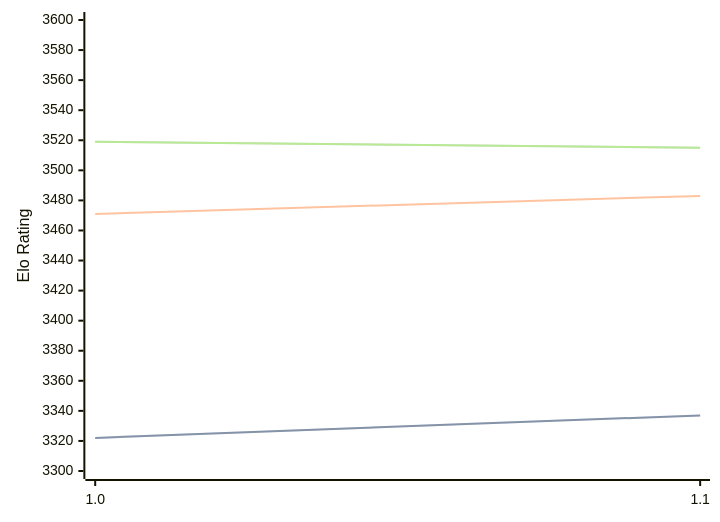
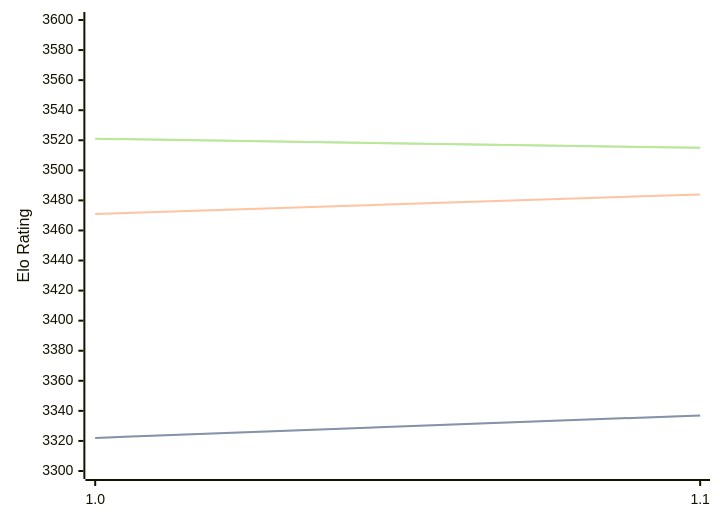
Before and after one commit to computer-chess-index/cci: the diagram in engines/Horsie.md, drawn with Mermaid. The commit also changed other lines of this file, not shown here.

Commit message:
Update CCI Ratings (ELO VLTC) - 2026-05-21

````diff
--- a/engines/Horsie.md
+++ b/engines/Horsie.md
@@ -32,11 +32,11 @@
 ```mermaid
 %%{init: {"theme":"base","themeVariables":{"seriesColors:['#a3a3a3','#222221','#faa371']}}}%%
 xychart-beta
   x-axis ["1.0", "1.1"]
   y-axis "Elo Rating" 3300 --> 3600
   line "STC (8.0+0.08s)" [3322, 3337]
   line "STC (8.0+0.08s)" [3322, 3337]
-  line "LTC (60.0+0.60s)" [3471, 3483]
-  line "VLTC (2m24s+1.12s)" [3519, 3515]
-  line "VLTC (2m24s+1.12s)" [3519, 3515]
+  line "LTC (60.0+0.60s)" [3471, 3484]
+  line "VLTC (2m24s+1.12s)" [3521, 3515]
+  line "VLTC (2m24s+1.12s)" [3521, 3515]
 ```
````
